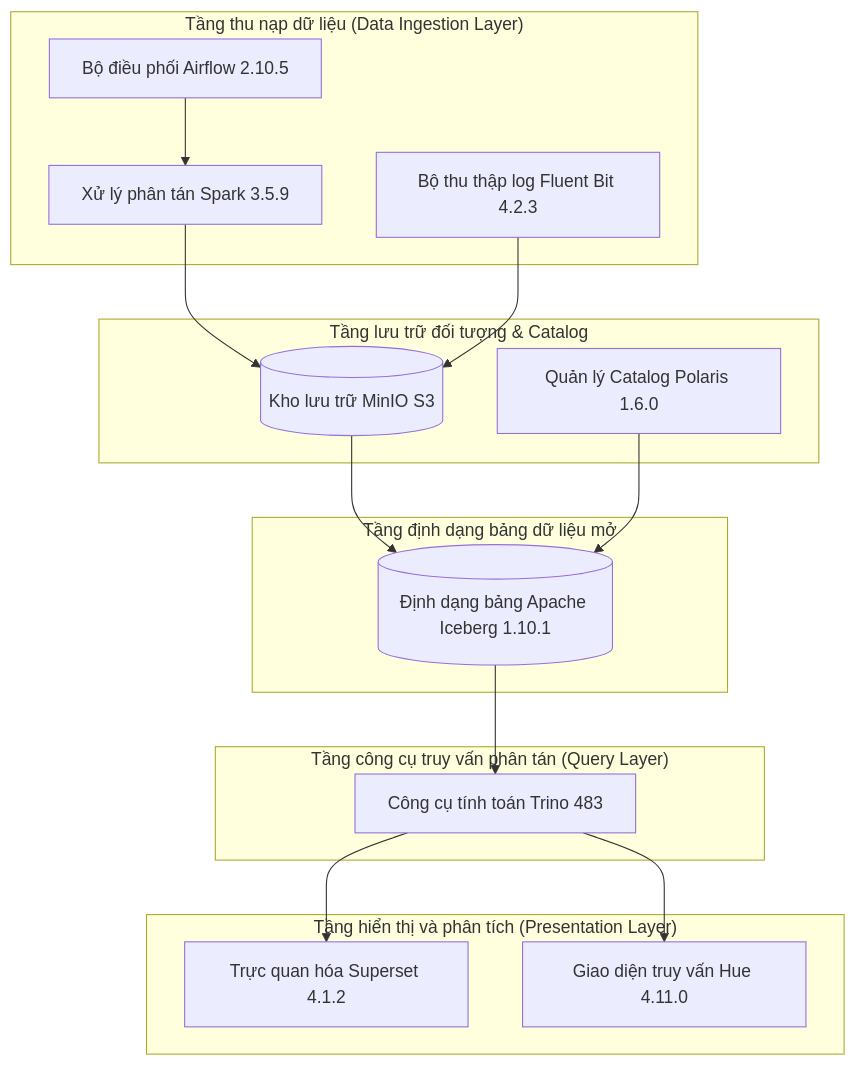
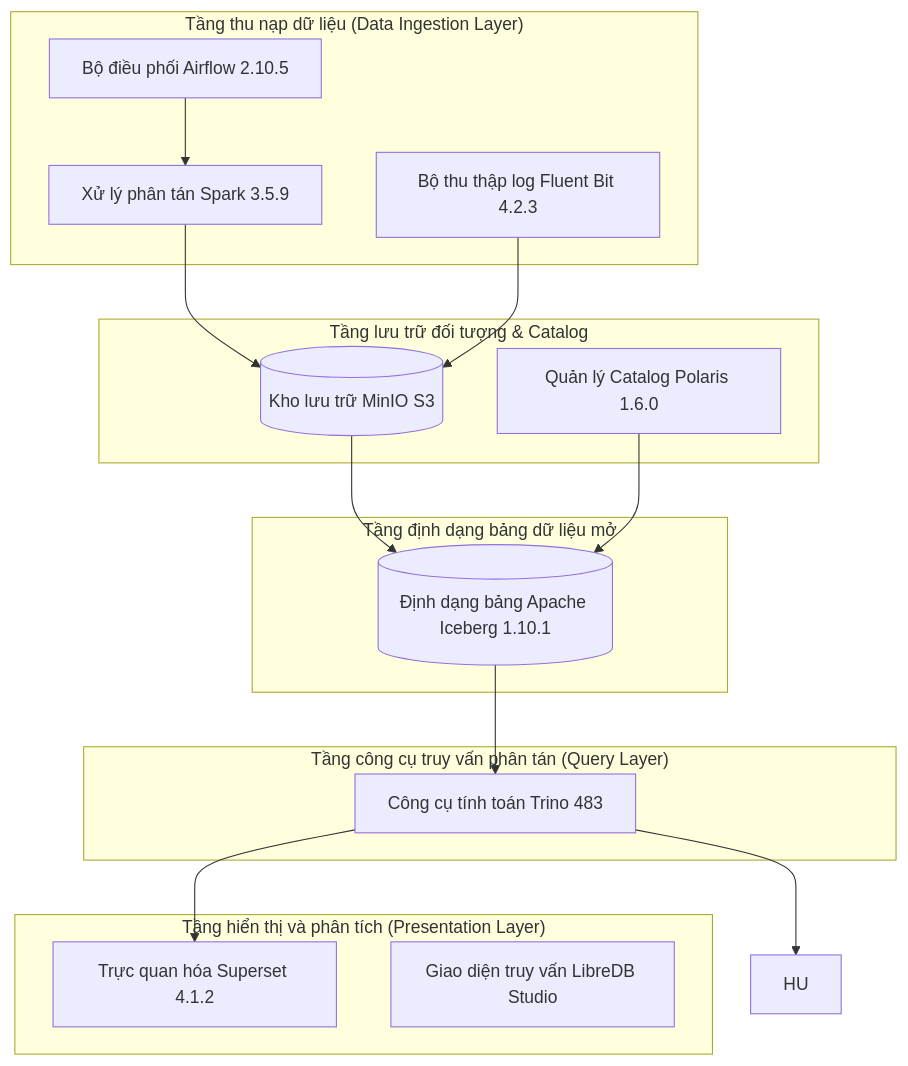
Before and after one commit to DanhTrannn/TLCN: diagram 43 of 57 in docs/design-analysis/OOSAD_ANALYSIS.md, drawn with Mermaid. The commit also changed other lines of this file and 10 other files, not shown here.

Commit message:
docs: replace Apache Hue with LibreDB Studio across all documentation

````diff
--- a/docs/design-analysis/OOSAD_ANALYSIS.md
+++ b/docs/design-analysis/OOSAD_ANALYSIS.md
@@ -2078,35 +2078,35 @@
 ```mermaid
 graph TB
     subgraph "Tầng thu nạp dữ liệu (Data Ingestion Layer)"
         AF[Bộ điều phối Airflow 2.10.5]
         SP[Xử lý phân tán Spark 3.5.9]
         FB[Bộ thu thập log Fluent Bit 4.2.3]
     end
     
     subgraph "Tầng lưu trữ đối tượng & Catalog"
         S3[(Kho lưu trữ MinIO S3)]
         POL[Quản lý Catalog Polaris 1.6.0]
     end
     
     subgraph "Tầng định dạng bảng dữ liệu mở"
         ICE[(Định dạng bảng Apache Iceberg 1.10.1)]
     end
     
     subgraph "Tầng công cụ truy vấn phân tán (Query Layer)"
         TR[Công cụ tính toán Trino 483]
     end
     
     subgraph "Tầng hiển thị và phân tích (Presentation Layer)"
         SU[Trực quan hóa Superset 4.1.2]
-        HU[Giao diện truy vấn Hue 4.11.0]
+        LU[Giao diện truy vấn LibreDB Studio]
     end
     
     AF --> SP
     SP --> S3
     FB --> S3
     S3 --> ICE
     POL --> ICE
     ICE --> TR
     TR --> SU
     TR --> HU
 ```
````
